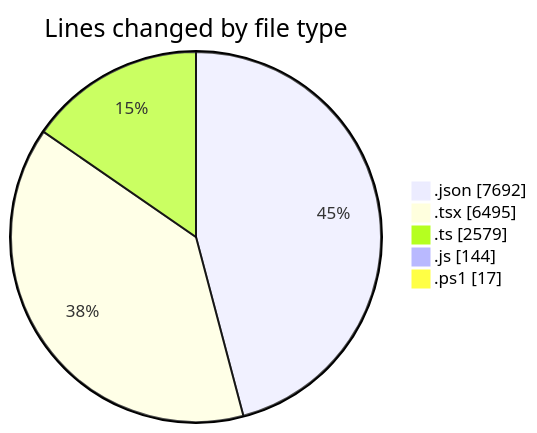
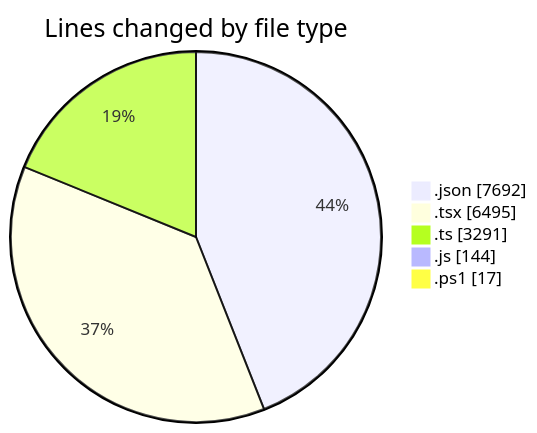
Before and after one commit to CELIANVF/code-tracking: the first of 2 diagrams in 2025-06-10/ecodeli-1/README.md, drawn with Mermaid. The commit also changed other lines of this file and 1 other file, not shown here.

````diff
--- a/2025-06-10/ecodeli-1/README.md
+++ b/2025-06-10/ecodeli-1/README.md
@@ -47,9 +50,9 @@
 ```mermaid
 pie showData
 title Lines changed by file type
 ".json" : 7692
 ".tsx" : 6495
-".ts" : 2579
+".ts" : 3291
 ".js" : 144
 ".ps1" : 17
 ```
````
